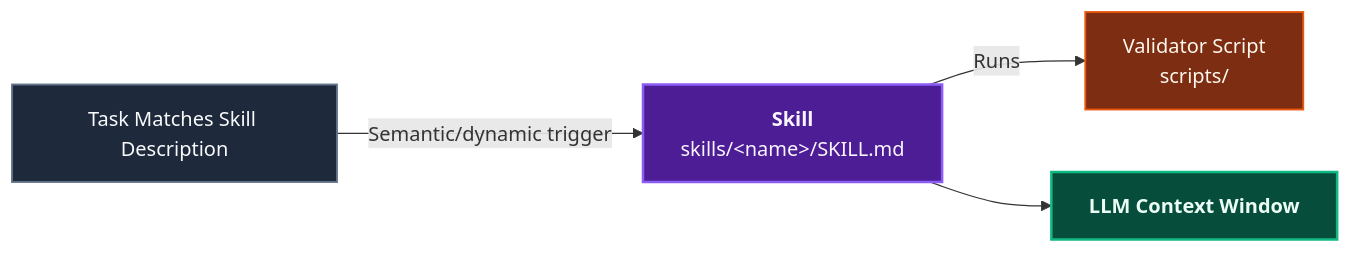
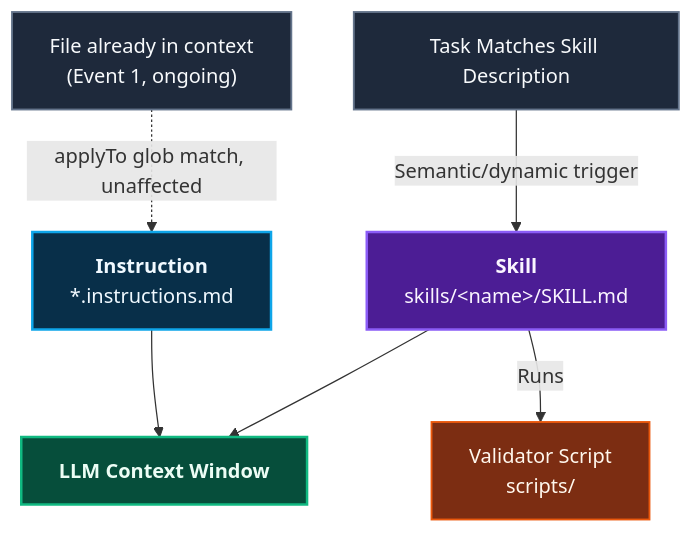
One commit to ALTEN-group/coding-pal changed the fourth of 6 diagrams in website/docs/guide/persistent-context.md. Above: the diagram before and after it, drawn with Mermaid. The commit also changed other lines of this file, not shown here.

Commit message:
fix: update persistent context diagrams for clarity and accuracy in event flow

````diff
--- a/website/docs/guide/persistent-context.md
+++ b/website/docs/guide/persistent-context.md
@@ -91,19 +95,23 @@
 ```mermaid
 ---
 caption: On-Demand Skill Loading
 ---
-flowchart LR
+flowchart TD
+    E1b["File already in context<br/>(Event 1, ongoing)"] -.->|"applyTo glob match, unaffected"| I["<b>Instruction</b><br/>*.instructions.md"]
     E4["Task Matches Skill Description"] -->|"Semantic/dynamic trigger"| S["<b>Skill</b><br/>skills/&lt;name&gt;/SKILL.md"]
     S -->|"Runs"| V["Validator Script<br/>scripts/"]
-    S --> CTX["<b>LLM Context Window</b>"]
+    I --> CTX["<b>LLM Context Window</b>"]
+    S --> CTX
 
+    classDef instruction fill:#082f49,stroke:#0ea5e9,stroke-width:2px,color:#f0f9ff;
     classDef skill fill:#4c1d95,stroke:#8b5cf6,stroke-width:2px,color:#faf5ff;
     classDef execution fill:#064e3b,stroke:#10b981,stroke-width:2px,color:#ecfdf5;
     classDef event fill:#1e293b,stroke:#64748b,stroke-width:1.5px,color:#f8fafc;
     classDef artifact fill:#7c2d12,stroke:#ea580c,stroke-width:1.5px,color:#fff7ed;
 
+    class I instruction;
     class S skill;
     class CTX execution;
-    class E4 event;
+    class E1b,E4 event;
     class V artifact;
 ```
````
